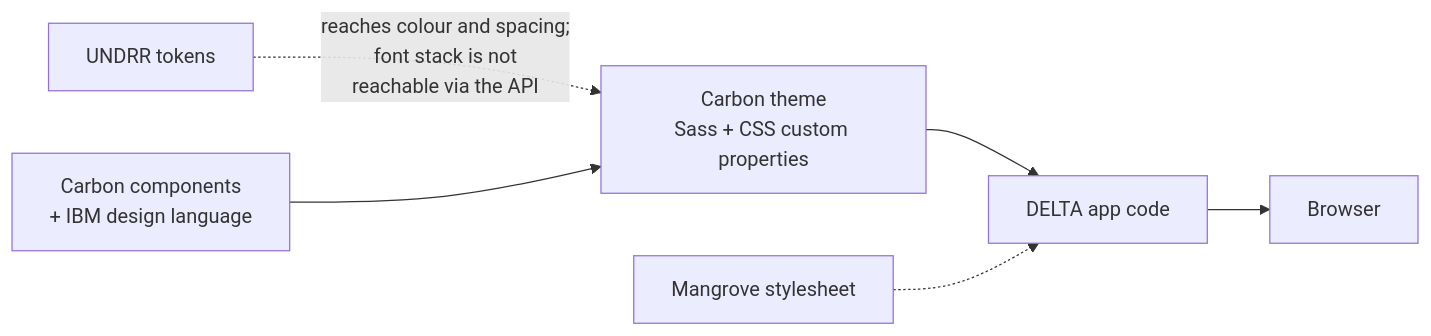
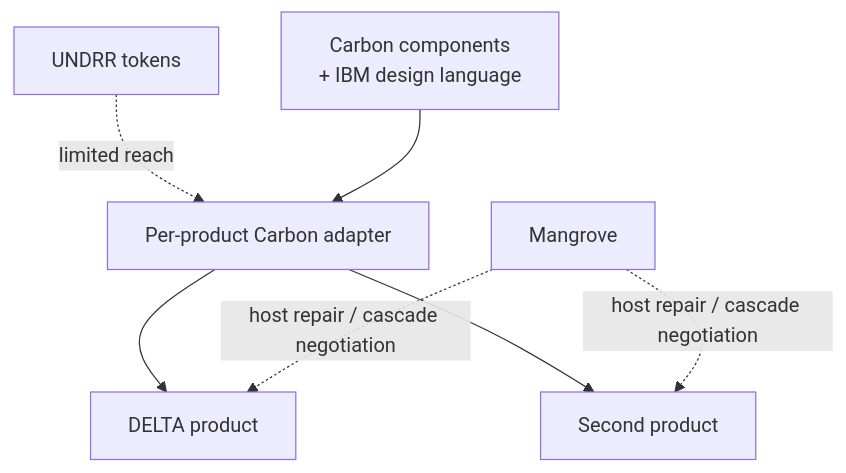
Before and after one commit to khawkins98/data-design-demo: the second of 3 diagrams in docs/architecture-options.md, drawn with Mermaid. The commit also changed other lines of this file and 1 other file, not shown here.

Commit message:
docs: frame architecture reuse evidence

````diff
--- a/docs/architecture-options.md
+++ b/docs/architecture-options.md
@@ -64,8 +95,9 @@
 ```mermaid
-flowchart LR
-  T["UNDRR tokens"] -.->|"reaches colour and spacing;<br/>font stack is not<br/>reachable via the API"| TH["Carbon theme<br/>Sass + CSS custom properties"]
+flowchart TB
+  T["UNDRR tokens"] -.->|"limited reach"| TH["Per-product Carbon adapter"]
   L["Carbon components<br/>+ IBM design language"] --> TH
-  TH --> A["DELTA app code"]
-  M["Mangrove stylesheet"] -.-> A
-  A --> B["Browser"]
+  TH --> D["DELTA product"]
+  TH --> P["Second product"]
+  M["Mangrove"] -.->|"host repair / cascade negotiation"| D
+  M -.->|"host repair / cascade negotiation"| P
 ```
````
